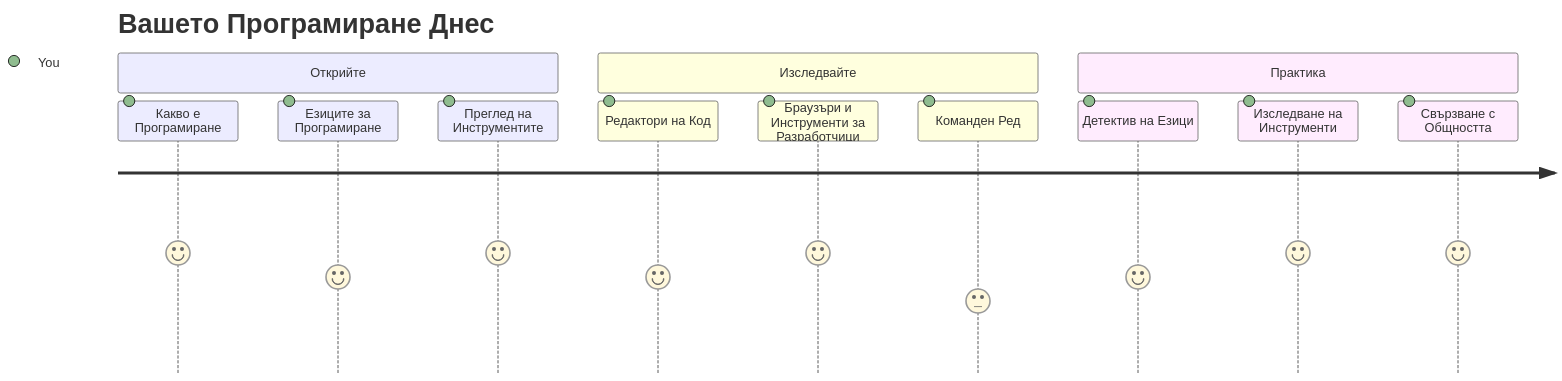
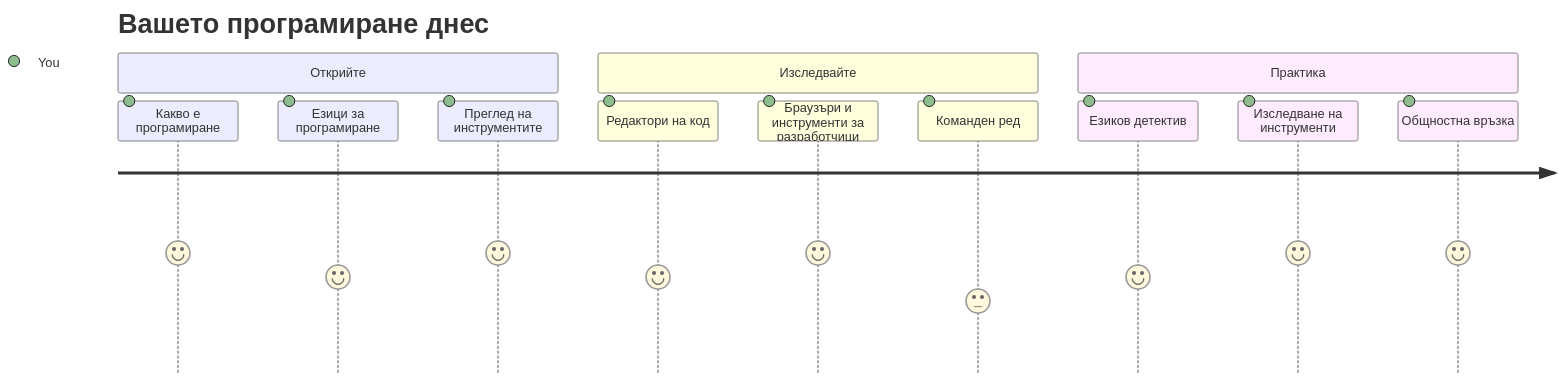
The first of 7 diagrams in translations/bg/1-getting-started-lessons/1-intro-to-programming-languages/README.md (microsoft/Web-Dev-For-Beginners), drawn with Mermaid before and after one commit. The commit also changed other lines of this file and 11 other files, not shown here.

````diff
--- a/translations/bg/1-getting-started-lessons/1-intro-to-programming-languages/README.md
+++ b/translations/bg/1-getting-started-lessons/1-intro-to-programming-languages/README.md
@@ -14,16 +14,16 @@
 ```mermaid
 journey
-    title Вашето Програмиране Днес
+    title Вашето програмиране днес
     section Открийте
-      Какво е Програмиране: 5: You
-      Езиците за Програмиране: 4: You
-      Преглед на Инструментите: 5: You
+      Какво е програмиране: 5: You
+      Езици за програмиране: 4: You
+      Преглед на инструментите: 5: You
     section Изследвайте
-      Редактори на Код: 4: You
-      Браузъри и Инструменти за Разработчици: 5: You
-      Команден Ред: 3: You
+      Редактори на код: 4: You
+      Браузъри и инструменти за разработчици: 5: You
+      Команден ред: 3: You
     section Практика
-      Детектив на Езици: 4: You
-      Изследване на Инструменти: 5: You
-      Свързване с Общността: 5: You
+      Езиков детектив: 4: You
+      Изследване на инструменти: 5: You
+      Общностна връзка: 5: You
 ```
````
